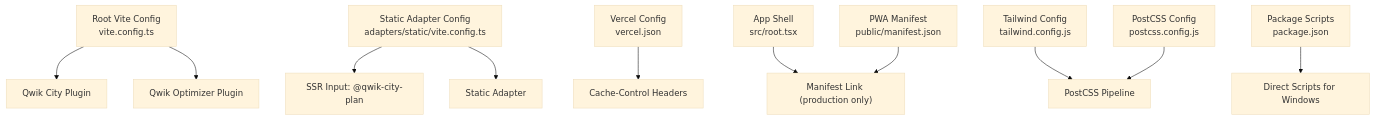
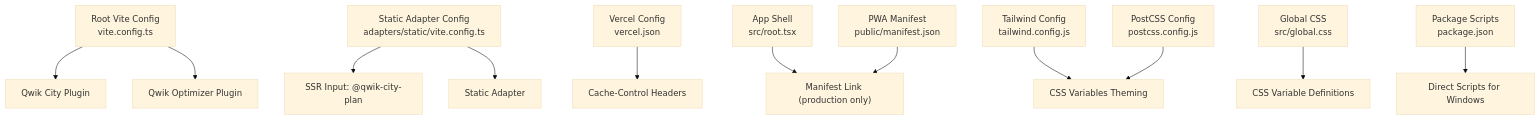
The first of 9 diagrams in .qoder/repowiki/en/content/Architecture Overview/Build System & Deployment Strategy.md (delirium-dj/modelcomp), drawn with Mermaid (base theme) before and after one commit. The commit also changed other lines of this file and 22 other files, not shown here.

````diff
--- a/.qoder/repowiki/en/content/Architecture Overview/Build System & Deployment Strategy.md
+++ b/.qoder/repowiki/en/content/Architecture Overview/Build System & Deployment Strategy.md
@@ -56,13 +58,14 @@
 ```mermaid
 graph TB
 A["Root Vite Config<br/>vite.config.ts"] --> B["Qwik City Plugin"]
 A --> C["Qwik Optimizer Plugin"]
 D["Static Adapter Config<br/>adapters/static/vite.config.ts"] --> E["SSR Input: @qwik-city-plan"]
 D --> F["Static Adapter"]
 G["Vercel Config<br/>vercel.json"] --> H["Cache-Control Headers"]
 I["App Shell<br/>src/root.tsx"] --> J["Manifest Link (production only)"]
 K["PWA Manifest<br/>public/manifest.json"] --> J
-L["Tailwind Config<br/>tailwind.config.js"] --> M["PostCSS Pipeline"]
-N["PostCSS Config<br/>postcss.config.js"] --> M
-O["Package Scripts<br/>package.json"] --> P["Direct Scripts for Windows"]
+L["Tailwind Config<br/>tailwind.config.js"] --> M["CSS Variables Theming"]
+N["Global CSS<br/>src/global.css"] --> O["CSS Variable Definitions"]
+P["PostCSS Config<br/>postcss.config.js"] --> M
+Q["Package Scripts<br/>package.json"] --> R["Direct Scripts for Windows"]
 ```
````
